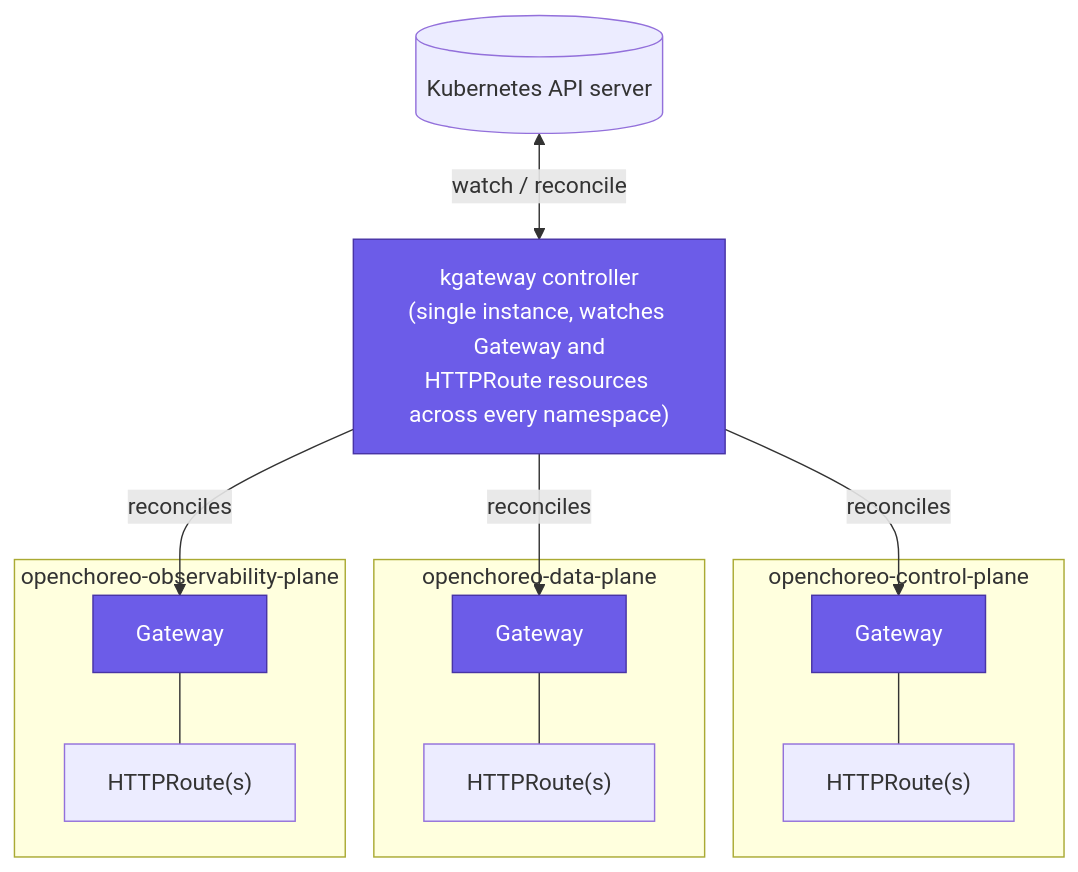
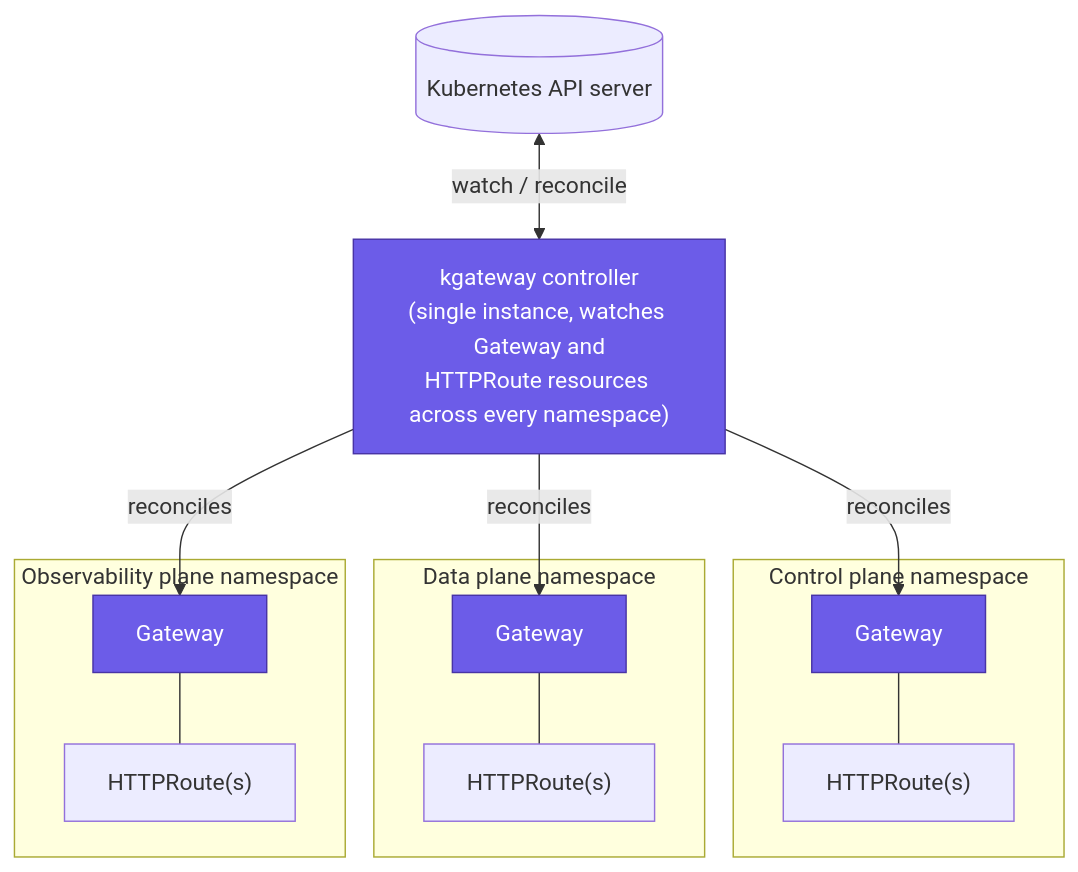
The second of 7 diagrams in content/blog/how-kgateway-powers-the-openchoreo-gateway-layer.md (kgateway-dev/kgateway.dev), drawn with Mermaid before and after one commit. The commit also changed other lines of this file, not shown here.

````diff
--- a/content/blog/how-kgateway-powers-the-openchoreo-gateway-layer.md
+++ b/content/blog/how-kgateway-powers-the-openchoreo-gateway-layer.md
@@ -90,32 +90,32 @@
 ```mermaid
 flowchart TB
     apiserver[("Kubernetes API server")]
     kgw["kgateway controller\n(single instance, watches Gateway and\nHTTPRoute resources across every namespace)"]
 
     apiserver <-- "watch / reconcile" --> kgw
 
-    subgraph ns_cp["openchoreo-control-plane"]
+    subgraph ns_cp["Control plane namespace"]
         gw_cp["Gateway"]
         hr_cp["HTTPRoute(s)"]
         gw_cp --- hr_cp
     end
 
-    subgraph ns_dp["openchoreo-data-plane"]
+    subgraph ns_dp["Data plane namespace"]
         gw_dp["Gateway"]
         hr_dp["HTTPRoute(s)"]
         gw_dp --- hr_dp
     end
 
-    subgraph ns_op["openchoreo-observability-plane"]
+    subgraph ns_op["Observability plane namespace"]
         gw_op["Gateway"]
         hr_op["HTTPRoute(s)"]
         gw_op --- hr_op
     end
 
     kgw -- "reconciles" --> gw_cp
     kgw -- "reconciles" --> gw_dp
     kgw -- "reconciles" --> gw_op
 
     classDef gateway fill:#6C5CE8,stroke:#4834A6,color:#ffffff,stroke-width:1px;
     class gw_cp,gw_dp,gw_op,kgw gateway;
 ```
````
